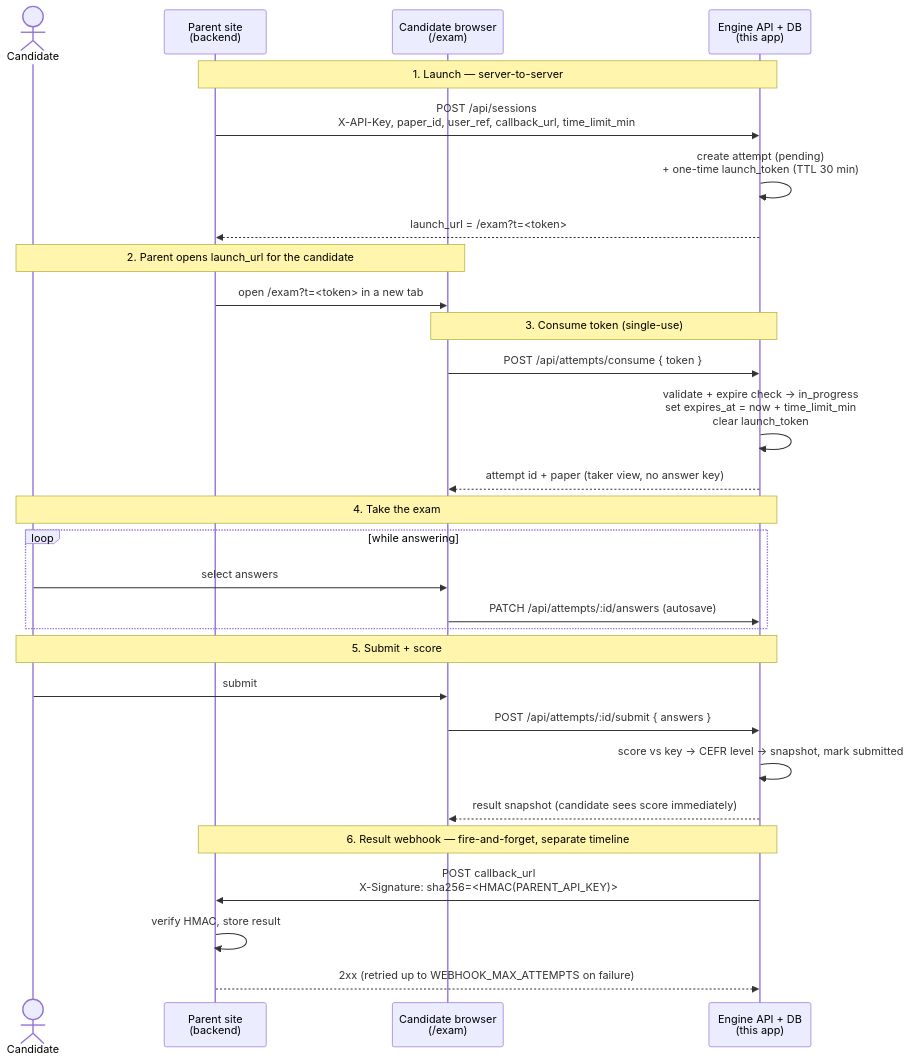
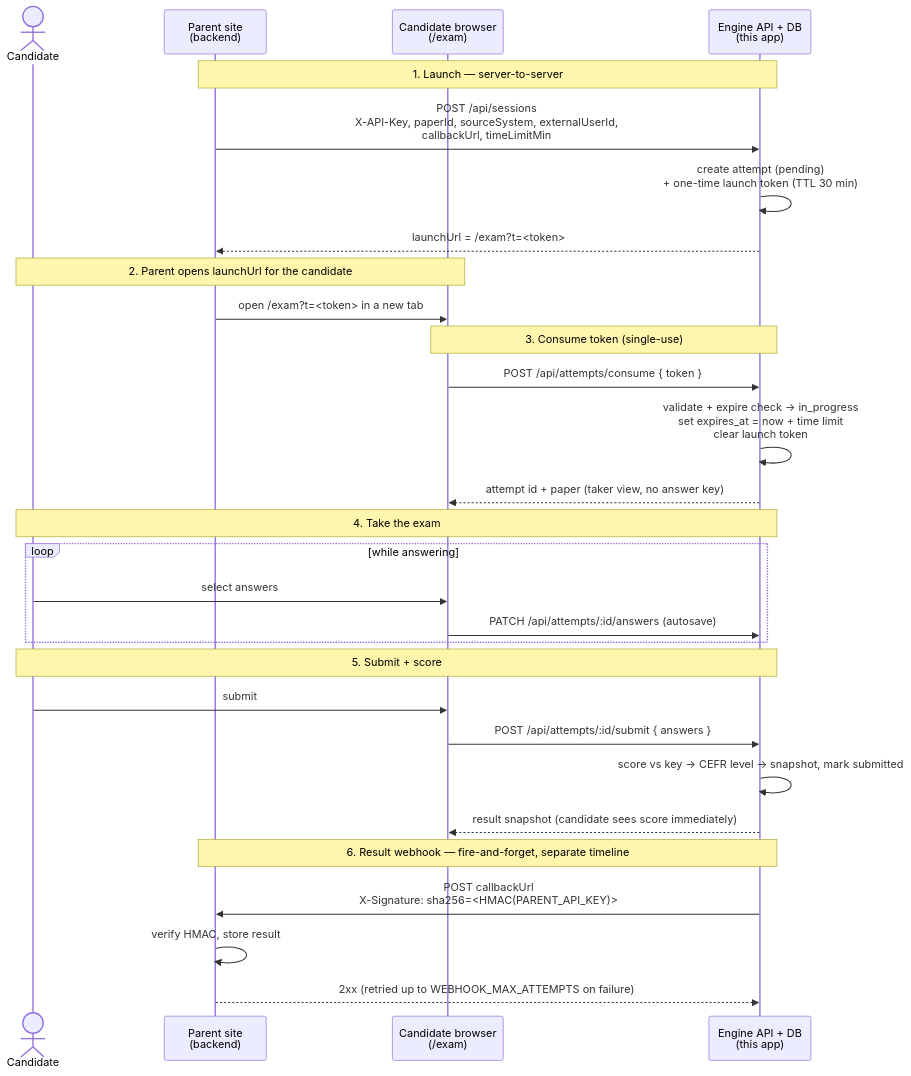
One commit to Poeir/exams-platform changed the diagram in apps/english/README.md. Above: the diagram before and after it, drawn with Mermaid. The commit also changed other lines of this file and 11 other files, not shown here.

````diff
--- a/apps/english/README.md
+++ b/apps/english/README.md
@@ -189,37 +190,37 @@
 ```mermaid
 sequenceDiagram
     actor C as Candidate
     participant P as Parent site<br/>(backend)
     participant B as Candidate browser<br/>(/exam)
     participant E as Engine API + DB<br/>(this app)
 
     Note over P,E: 1. Launch — server-to-server
-    P->>E: POST /api/sessions<br/>X-API-Key, paper_id, user_ref, callback_url, time_limit_min
-    E->>E: create attempt (pending)<br/>+ one-time launch_token (TTL 30 min)
-    E-->>P: launch_url = /exam?t=<token>
+    P->>E: POST /api/sessions<br/>X-API-Key, paperId, sourceSystem, externalUserId,<br/>callbackUrl, timeLimitMin
+    E->>E: create attempt (pending)<br/>+ one-time launch token (TTL 30 min)
+    E-->>P: launchUrl = /exam?t=<token>
 
-    Note over C,B: 2. Parent opens launch_url for the candidate
+    Note over C,B: 2. Parent opens launchUrl for the candidate
     P->>B: open /exam?t=<token> in a new tab
 
     Note over B,E: 3. Consume token (single-use)
     B->>E: POST /api/attempts/consume { token }
-    E->>E: validate + expire check → in_progress<br/>set expires_at = now + time_limit_min<br/>clear launch_token
+    E->>E: validate + expire check → in_progress<br/>set expires_at = now + time limit<br/>clear launch token
     E-->>B: attempt id + paper (taker view, no answer key)
 
     Note over C,E: 4. Take the exam
     loop while answering
         C->>B: select answers
         B->>E: PATCH /api/attempts/:id/answers (autosave)
     end
 
     Note over C,E: 5. Submit + score
     C->>B: submit
     B->>E: POST /api/attempts/:id/submit { answers }
     E->>E: score vs key → CEFR level → snapshot, mark submitted
     E-->>B: result snapshot (candidate sees score immediately)
 
     Note over E,P: 6. Result webhook — fire-and-forget, separate timeline
-    E->>P: POST callback_url<br/>X-Signature: sha256=<HMAC(PARENT_API_KEY)>
+    E->>P: POST callbackUrl<br/>X-Signature: sha256=<HMAC(PARENT_API_KEY)>
     P->>P: verify HMAC, store result
     P-->>E: 2xx (retried up to WEBHOOK_MAX_ATTEMPTS on failure)
 ```
````
